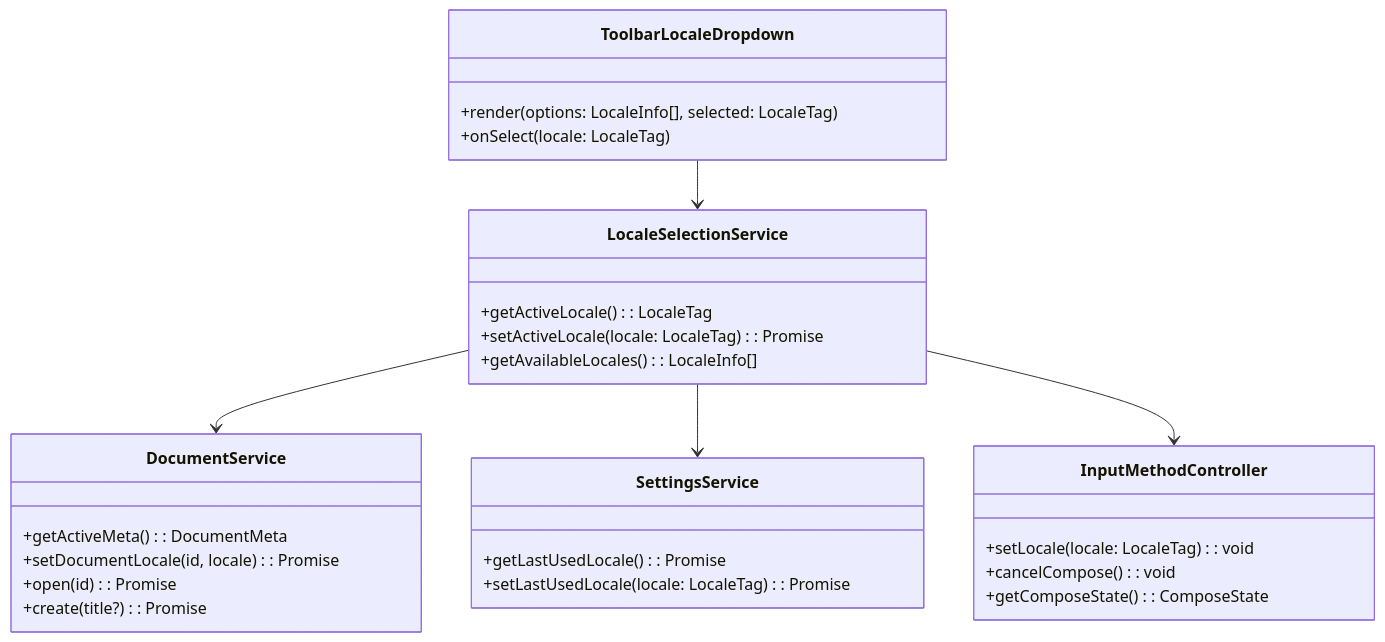
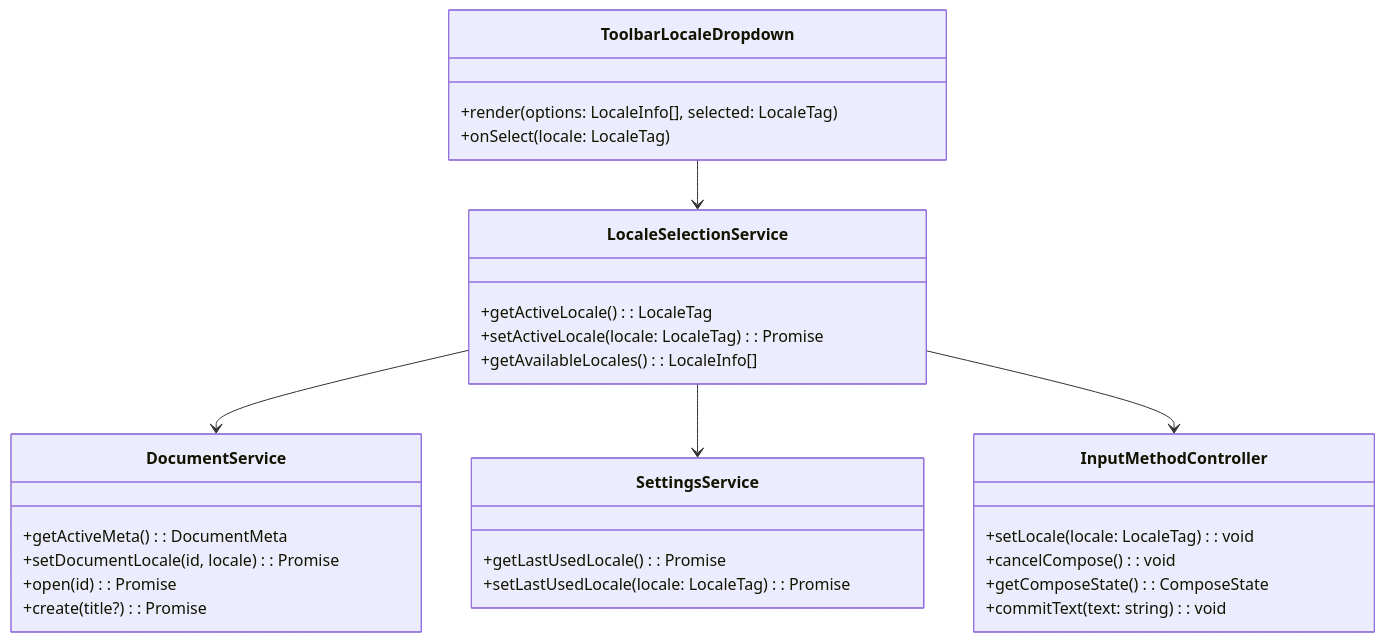
One commit to TommyKolb/GlossaDocs changed the second of 6 diagrams in docs/user-story-2-language-selection-spec.md. Above: the diagram before and after it, drawn with Mermaid. The commit also changed other lines of this file and 5 other files, not shown here.

````diff
--- a/docs/user-story-2-language-selection-spec.md
+++ b/docs/user-story-2-language-selection-spec.md
@@ -88,36 +90,37 @@
 ```mermaid
 classDiagram
   class DocumentService {
     +getActiveMeta(): DocumentMeta
     +setDocumentLocale(id, locale): Promise<void>
     +open(id): Promise<LoadedDocument>
     +create(title?): Promise<DocumentMeta>
   }
 
   class LocaleSelectionService {
     +getActiveLocale(): LocaleTag
     +setActiveLocale(locale: LocaleTag): Promise<void>
     +getAvailableLocales(): LocaleInfo[]
   }
 
   class InputMethodController {
     +setLocale(locale: LocaleTag): void
     +cancelCompose(): void
     +getComposeState(): ComposeState
+    +commitText(text: string): void
   }
 
   class SettingsService {
     +getLastUsedLocale(): Promise<LocaleTag>
     +setLastUsedLocale(locale: LocaleTag): Promise<void>
   }
 
   class ToolbarLocaleDropdown {
     +render(options: LocaleInfo[], selected: LocaleTag)
     +onSelect(locale: LocaleTag)
   }
 
   ToolbarLocaleDropdown --> LocaleSelectionService
   LocaleSelectionService --> DocumentService
   LocaleSelectionService --> SettingsService
   LocaleSelectionService --> InputMethodController
 ```
````
